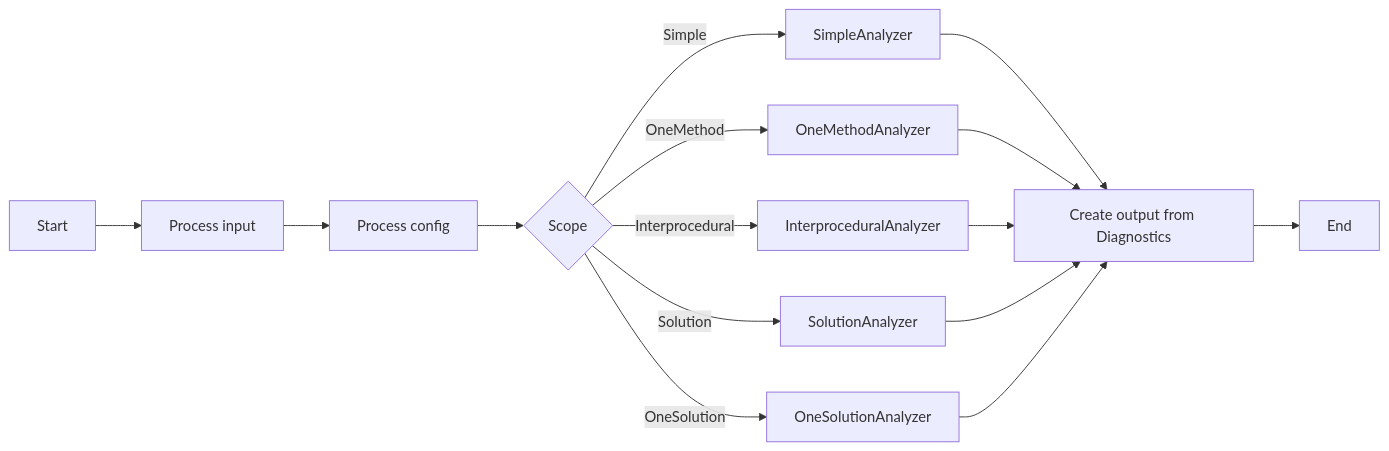
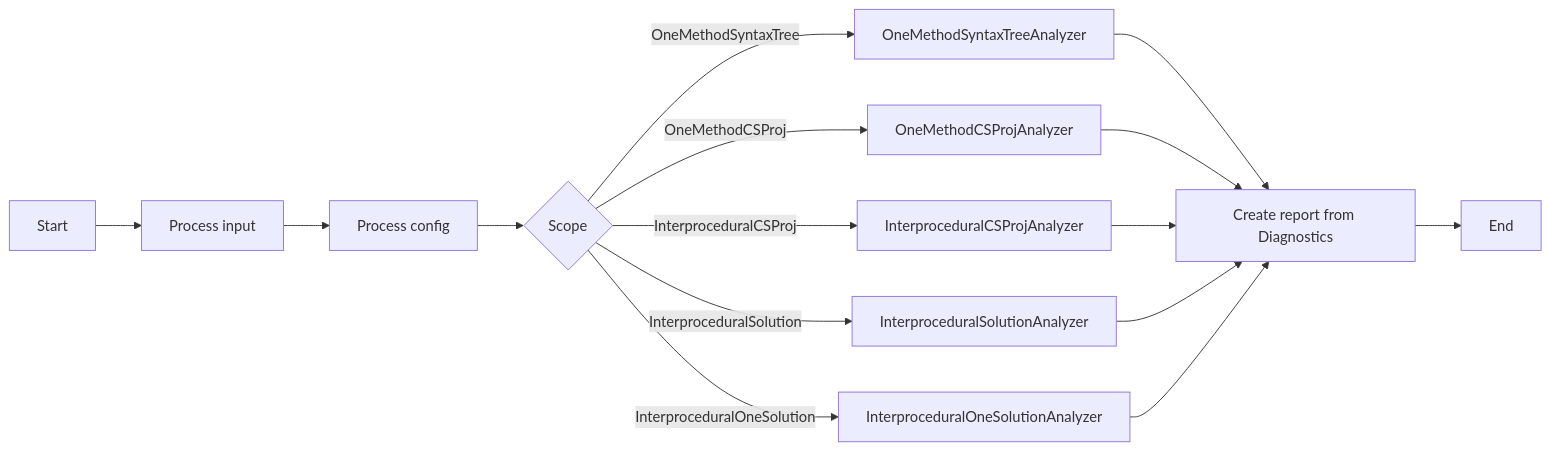
One commit to KleinMichalGit/SQLInjectionAnalyzer changed the diagram in README.md. Above: the diagram before and after it, drawn with Mermaid. The commit also changed other lines of this file and 10 other files, not shown here.

````diff
--- a/README.md
+++ b/README.md
@@ -27,17 +27,17 @@
 ```mermaid
 flowchart LR;
     J[Start]-->A[Process input]
     A-->B[Process config];
     B-->C{Scope};
-    C-->|Simple|D[SimpleAnalyzer];
-    C-->|OneMethod|E[OneMethodAnalyzer];
-    C-->|Interprocedural|F[InterproceduralAnalyzer];
-    C-->|Solution|G[SolutionAnalyzer];
-    C-->|OneSolution|L[OneSolutionAnalyzer];
-    D-->H[Create output from Diagnostics];
+    C-->|OneMethodSyntaxTree|D[OneMethodSyntaxTreeAnalyzer];
+    C-->|OneMethodCSProj|E[OneMethodCSProjAnalyzer];
+    C-->|InterproceduralCSProj|F[InterproceduralCSProjAnalyzer];
+    C-->|InterproceduralSolution|G[InterproceduralSolutionAnalyzer];
+    C-->|InterproceduralOneSolution|L[InterproceduralOneSolutionAnalyzer];
+    D-->H[Create report from Diagnostics];
     E-->H;
     F-->H;
     G-->H;
     L-->H;
     H-->I[End]
 ```
````
